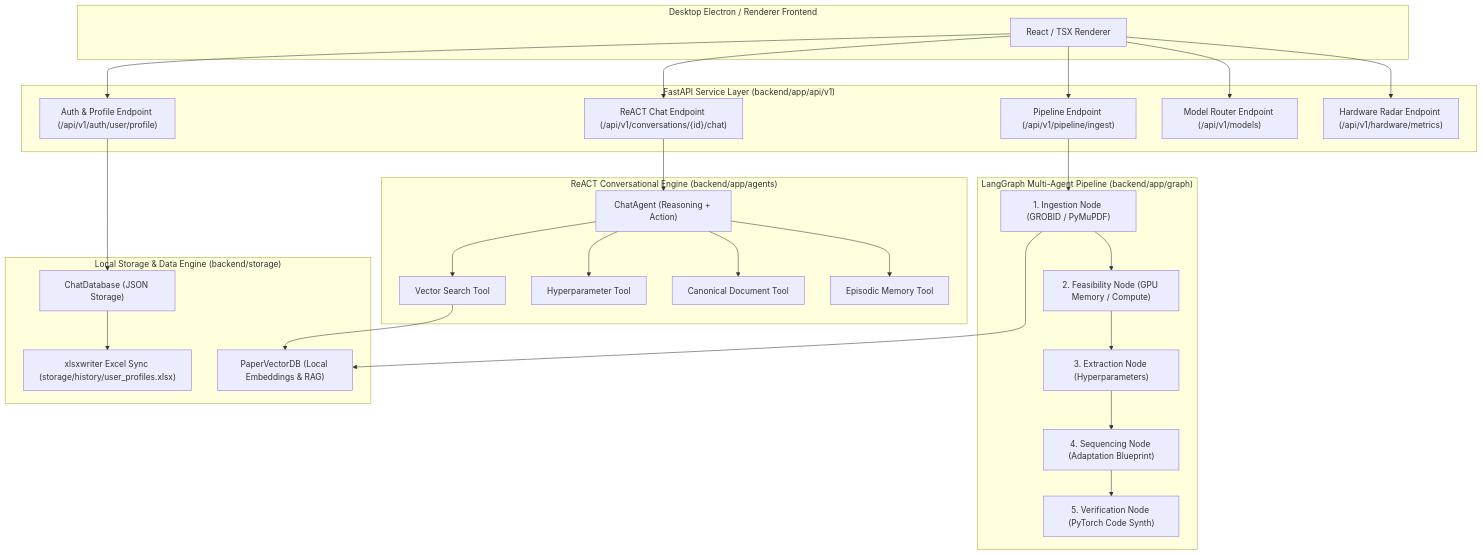
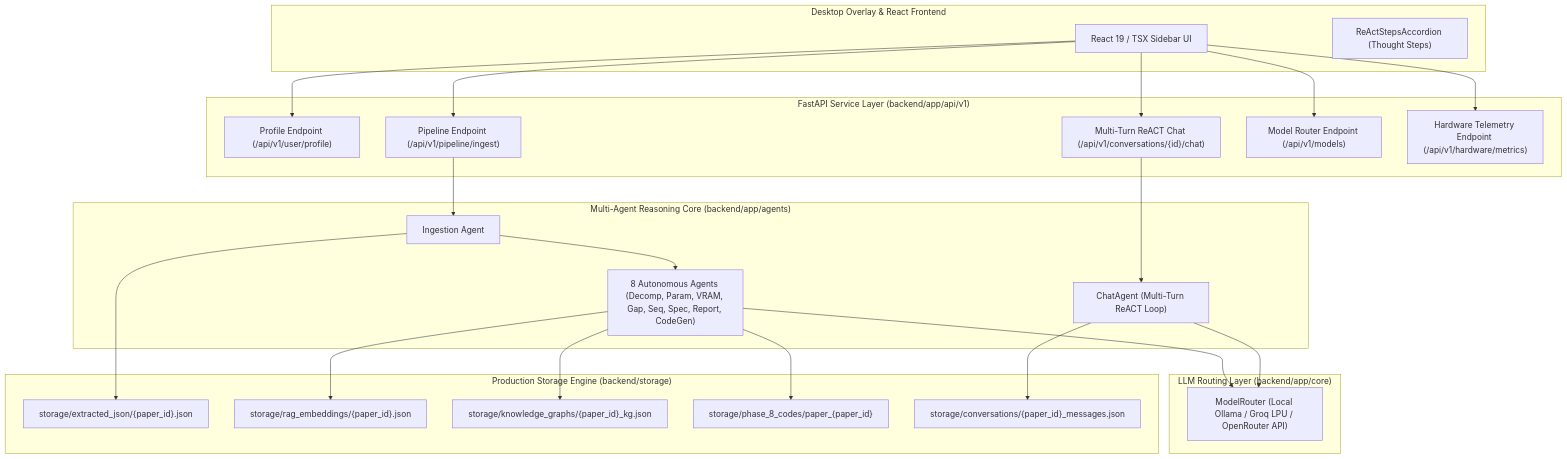
One commit to varunchandra10/Paper-2-Project changed the first of 2 diagrams in backend/README.md. Above: the diagram before and after it, drawn with Mermaid. The commit also changed other lines of this file and 73 other files, not shown here.

Commit message:
Complete E2E backend verification across 48 paper corpus, update storage paths, and synchronize master documentation portal

````diff
--- a/backend/README.md
+++ b/backend/README.md
@@ -12,53 +10,44 @@
 ```mermaid
 flowchart TD
-    subgraph Client ["Desktop Electron / Renderer Frontend"]
-        UI["React / TSX Renderer"]
+    subgraph Client["Desktop Overlay & React Frontend"]
+        UI["React 19 / TSX Sidebar UI"]
+        ACC["ReActStepsAccordion (Thought Steps)"]
     end
 
-    subgraph API ["FastAPI Service Layer (backend/app/api/v1)"]
-        AUTH["Auth & Profile Endpoint (/api/v1/auth/user/profile)"]
+    subgraph API["FastAPI Service Layer (backend/app/api/v1)"]
+        AUTH["Profile Endpoint (/api/v1/user/profile)"]
         PIPE["Pipeline Endpoint (/api/v1/pipeline/ingest)"]
-        CHAT["ReACT Chat Endpoint (/api/v1/conversations/{id}/chat)"]
+        CHAT["Multi-Turn ReACT Chat (/api/v1/conversations/{id}/chat)"]
         MODELS["Model Router Endpoint (/api/v1/models)"]
-        HARDWARE["Hardware Radar Endpoint (/api/v1/hardware/metrics)"]
+        HARDWARE["Hardware Telemetry Endpoint (/api/v1/hardware/metrics)"]
     end
 
-    subgraph LangGraph ["LangGraph Multi-Agent Pipeline (backend/app/graph)"]
-        N1["1. Ingestion Node (GROBID / PyMuPDF)"]
-        N2["2. Feasibility Node (GPU Memory / Compute)"]
-        N3["3. Extraction Node (Hyperparameters)"]
-        N4["4. Sequencing Node (Adaptation Blueprint)"]
-        N5["5. Verification Node (PyTorch Code Synth)"]
+    subgraph Router["LLM Routing Layer (backend/app/core)"]
+        MR["ModelRouter (Local Ollama / Groq LPU / OpenRouter API)"]
     end
 
-    subgraph Agentic ["ReACT Conversational Engine (backend/app/agents)"]
-        AGENT["ChatAgent (Reasoning + Action)"]
-        T1["Vector Search Tool"]
-        T2["Hyperparameter Tool"]
-        T3["Canonical Document Tool"]
-        T4["Episodic Memory Tool"]
+    subgraph Agentic["Multi-Agent Reasoning Core (backend/app/agents)"]
+        INGEST["Ingestion Agent"]
+        AGENTS["8 Autonomous Agents (Decomp, Param, VRAM, Gap, Seq, Spec, Report, CodeGen)"]
+        CHAT_AGENT["ChatAgent (Multi-Turn ReACT Loop)"]
     end
 
-    subgraph Storage ["Local Storage & Data Engine (backend/storage)"]
-        DB["ChatDatabase (JSON Storage)"]
-        EXCEL["xlsxwriter Excel Sync (storage/history/user_profiles.xlsx)"]
-        VEC["PaperVectorDB (Local Embeddings & RAG)"]
+    subgraph Storage["Production Storage Engine (backend/storage)"]
+        JSON["storage/extracted_json/{paper_id}.json"]
+        RAG["storage/rag_embeddings/{paper_id}.json"]
+        KG["storage/knowledge_graphs/{paper_id}_kg.json"]
+        CODES["storage/phase_8_codes/paper_{paper_id}"]
+        CONV["storage/conversations/{paper_id}_messages.json"]
     end
 
-    UI --> AUTH
-    UI --> PIPE
-    UI --> CHAT
-    UI --> MODELS
-    UI --> HARDWARE
-
-    AUTH --> DB
-    DB --> EXCEL
-
-    PIPE --> N1
-    N1 --> N2 --> N3 --> N4 --> N5
-    N1 --> VEC
-
-    CHAT --> AGENT
-    AGENT --> T1 & T2 & T3 & T4
-    T1 --> VEC
+    UI --> AUTH & PIPE & CHAT & MODELS & HARDWARE
+    CHAT --> CHAT_AGENT
+    PIPE --> INGEST --> AGENTS
+    AGENTS --> CODES
+    CHAT_AGENT --> MR
+    AGENTS --> MR
+    
+    INGEST --> JSON
+    AGENTS --> RAG & KG
+    CHAT_AGENT --> CONV
 ```
````
